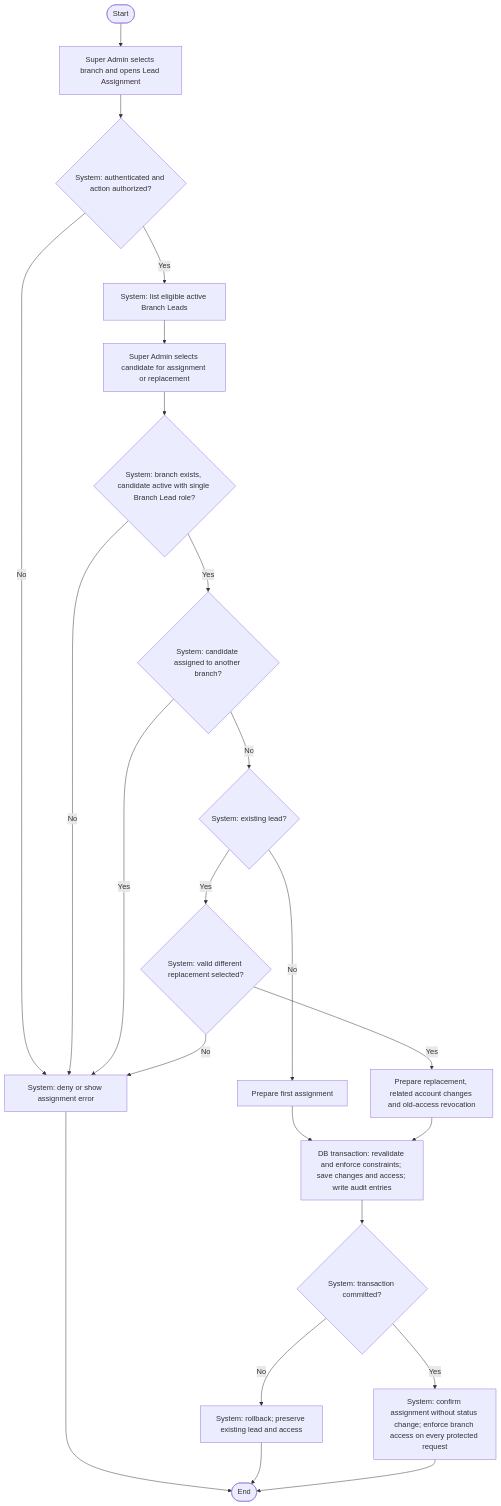
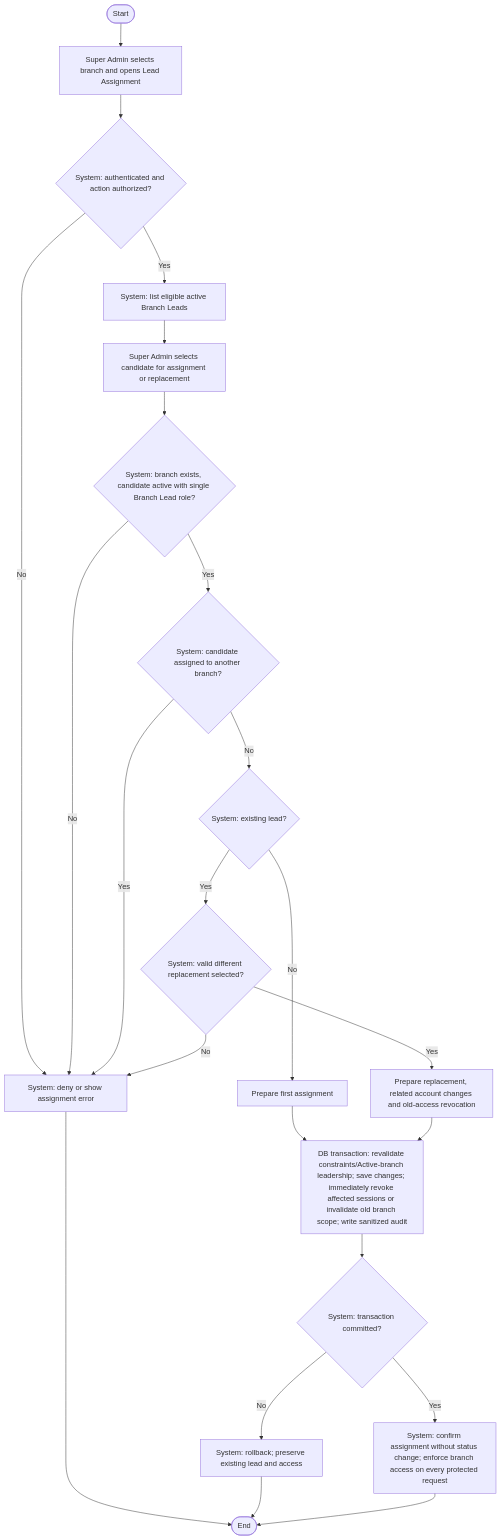
One commit to ShahzamanNaveed/HopeBridge changed the diagram in docs/flows/super-admin/assign-branch-lead.md. Above: the diagram before and after it, drawn with Mermaid. The commit also changed other lines of this file and 54 other files, not shown here.

Commit message:
add final project architecture

````diff
--- a/docs/flows/super-admin/assign-branch-lead.md
+++ b/docs/flows/super-admin/assign-branch-lead.md
@@ -50,25 +53,25 @@
 ```mermaid
 flowchart TD
     A([Start]) --> B["Super Admin selects branch and opens Lead Assignment"]
     B --> C{"System: authenticated and action authorized?"}
     C -->|No| X["System: deny or show assignment error"]
     C -->|Yes| D["System: list eligible active Branch Leads"]
     D --> E["Super Admin selects candidate for assignment or replacement"]
     E --> F{"System: branch exists, candidate active with single Branch Lead role?"}
     F -->|No| X
     F -->|Yes| G{"System: candidate assigned to another branch?"}
     G -->|Yes| X
     G -->|No| H{"System: existing lead?"}
     H -->|No| I["Prepare first assignment"]
     H -->|Yes| J{"System: valid different replacement selected?"}
     J -->|No| X
     J -->|Yes| K["Prepare replacement, related account changes and old-access revocation"]
-    I --> T["DB transaction: revalidate and enforce constraints; save changes and access; write audit entries"]
+    I --> T["DB transaction: revalidate constraints/Active-branch leadership; save changes; immediately revoke affected sessions or invalidate old branch scope; write sanitized audit"]
     K --> T
     T --> Q{"System: transaction committed?"}
     Q -->|No| R["System: rollback; preserve existing lead and access"]
     Q -->|Yes| S["System: confirm assignment without status change; enforce branch access on every protected request"]
     X --> Z([End])
     R --> Z
     S --> Z
 ```
````
